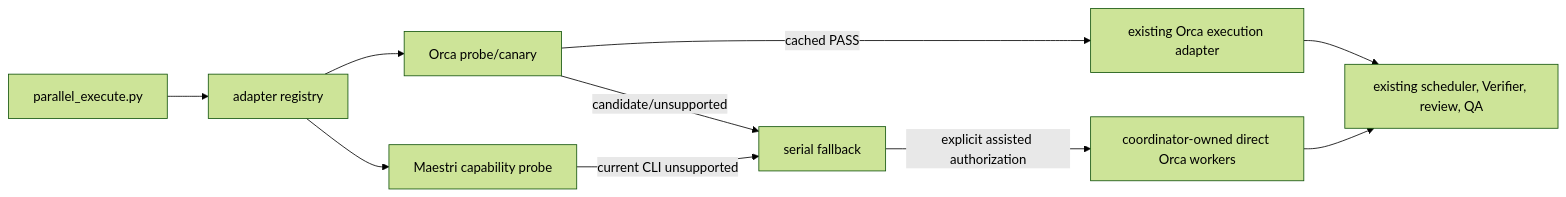
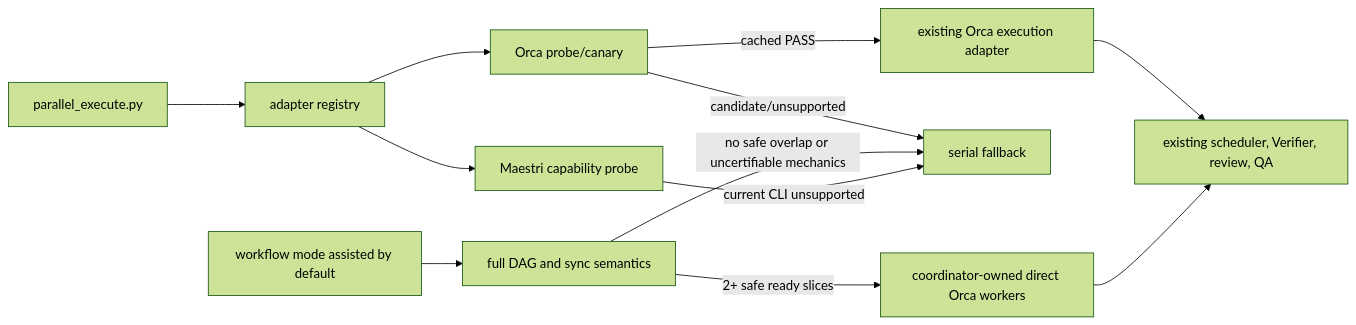
One commit to antoniofulg/my-workflow changed the diagram in .specs/features/host-agnostic-slice-parallelization/design.md. Above: the diagram before and after it, drawn with Mermaid (forest theme). The commit also changed other lines of this file and 9 other files, not shown here.

Commit message:
docs(parallelization): make assisted execution the default

````diff
--- a/.specs/features/host-agnostic-slice-parallelization/design.md
+++ b/.specs/features/host-agnostic-slice-parallelization/design.md
@@ -14,12 +14,14 @@
 ```mermaid
 flowchart LR
     C[parallel_execute.py] --> R[adapter registry]
     R --> O[Orca probe/canary]
     R --> M[Maestri capability probe]
     O -->|cached PASS| E[existing Orca execution adapter]
     O -->|candidate/unsupported| S[serial fallback]
-    S -->|explicit assisted authorization| A[coordinator-owned direct Orca workers]
+    W[workflow mode assisted by default] --> D[full DAG and sync semantics]
+    D -->|2+ safe ready slices| A[coordinator-owned direct Orca workers]
+    D -->|no safe overlap or uncertifiable mechanics| S
     M -->|current CLI unsupported| S
     E --> P[existing scheduler, Verifier, review, QA]
     A --> P
 ```
````
